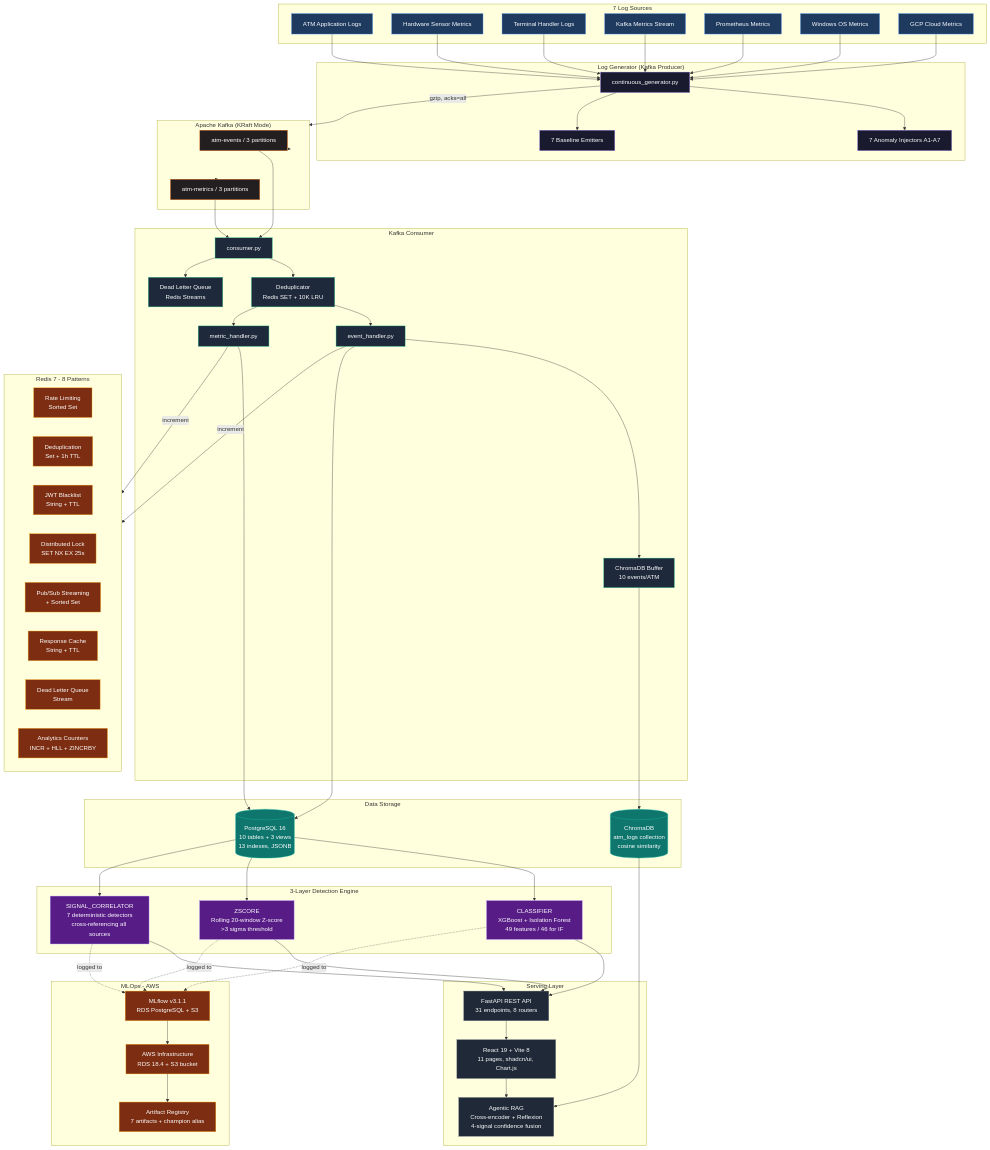
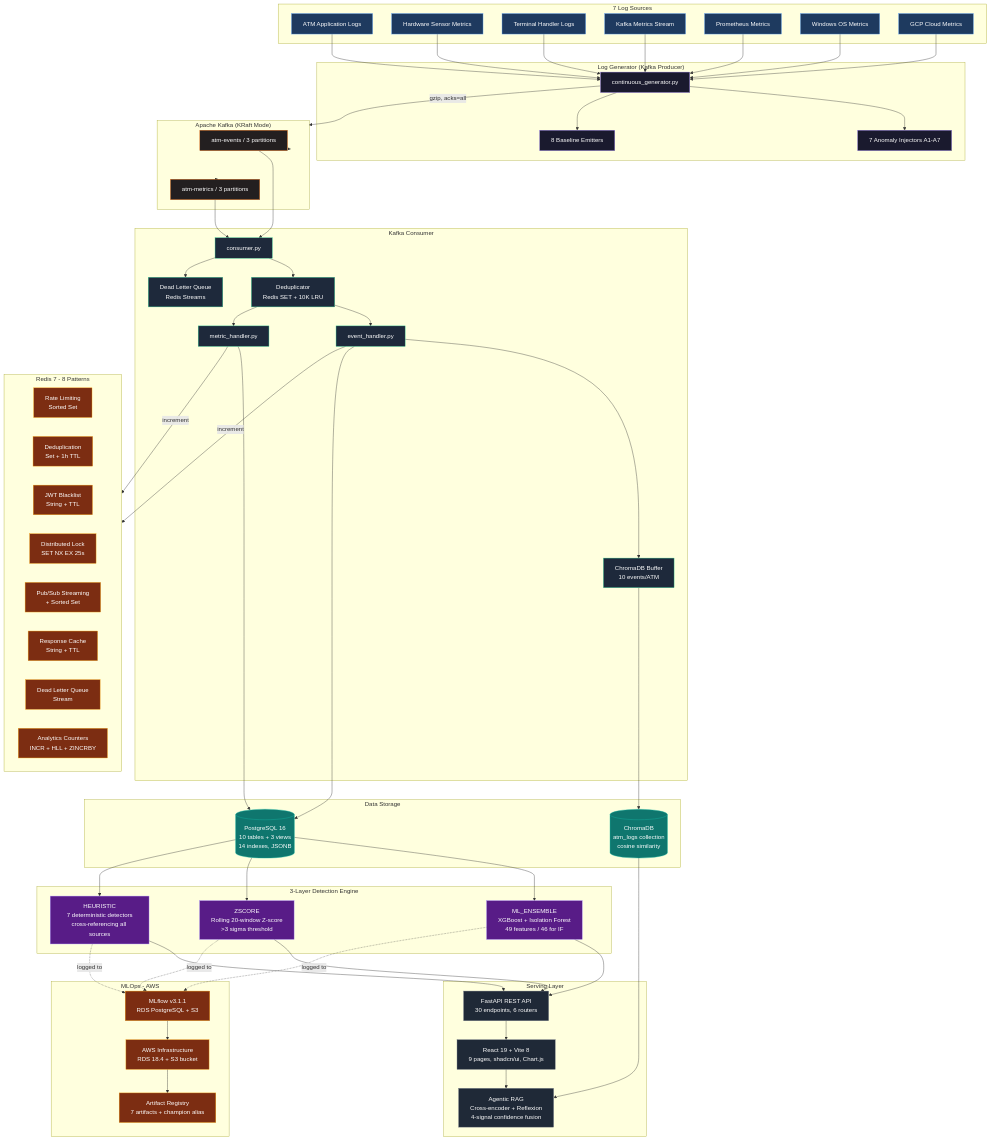
Before and after one commit to AhmedIkram05/laad: the first of 8 diagrams in README.md, drawn with Mermaid. The commit also changed other lines of this file and 1 other file, not shown here.

```diff
--- a/README.md
+++ b/README.md
@@ -38,7 +40,7 @@
   subgraph Generator ["Log Generator (Kafka Producer)"]
     G["continuous_generator.py"]
     AI["7 Anomaly Injectors A1-A7"]
-    EM["7 Baseline Emitters"]
+    EM["8 Baseline Emitters"]
     G --> AI
     G --> EM
   end
@@ -63,7 +65,7 @@
   end
 
   subgraph Storage ["Data Storage"]
-    PG[("PostgreSQL 16<br/>10 tables + 3 views<br/>13 indexes, JSONB")]
+    PG[("PostgreSQL 16<br/>10 tables + 3 views<br/>14 indexes, JSONB")]
     CDB[("ChromaDB<br/>atm_logs collection<br/>cosine similarity")]
   end
 
@@ -79,14 +81,14 @@
   end
 
   subgraph Detection ["3-Layer Detection Engine"]
-    CLS["CLASSIFIER<br/>XGBoost + Isolation Forest<br/>49 features / 46 for IF"]
+    CLS["ML_ENSEMBLE<br/>XGBoost + Isolation Forest<br/>49 features / 46 for IF"]
     ZSC["ZSCORE<br/>Rolling 20-window Z-score<br/>>3 sigma threshold"]
-    SCC["SIGNAL_CORRELATOR<br/>7 deterministic detectors<br/>cross-referencing all sources"]
+    SCC["HEURISTIC<br/>7 deterministic detectors<br/>cross-referencing all sources"]
   end
 
   subgraph Serving ["Serving Layer"]
-    API["FastAPI REST API<br/>31 endpoints, 8 routers"]
-    UI["React 19 + Vite 8<br/>11 pages, shadcn/ui, Chart.js"]
+    API["FastAPI REST API<br/>30 endpoints, 6 routers"]
+    UI["React 19 + Vite 8<br/>9 pages, shadcn/ui, Chart.js"]
     RAG["Agentic RAG<br/>Cross-encoder + Reflexion<br/>4-signal confidence fusion"]
   end
 
```
